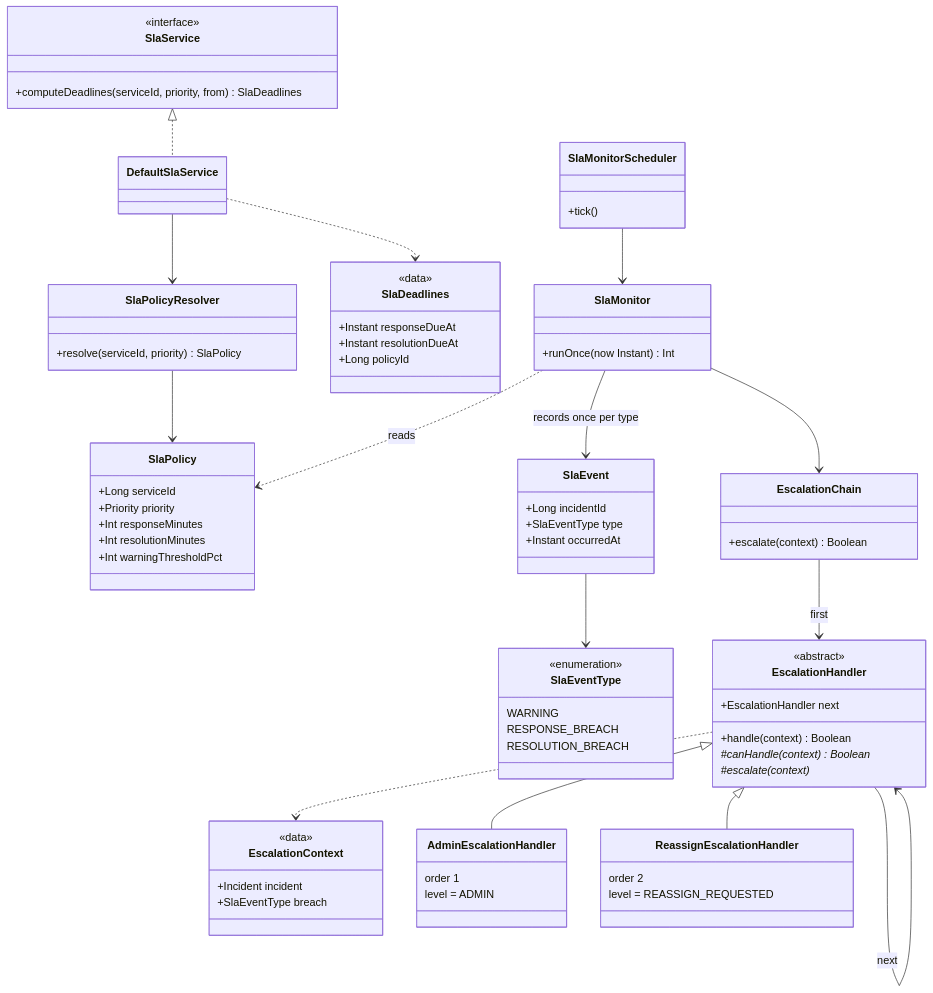
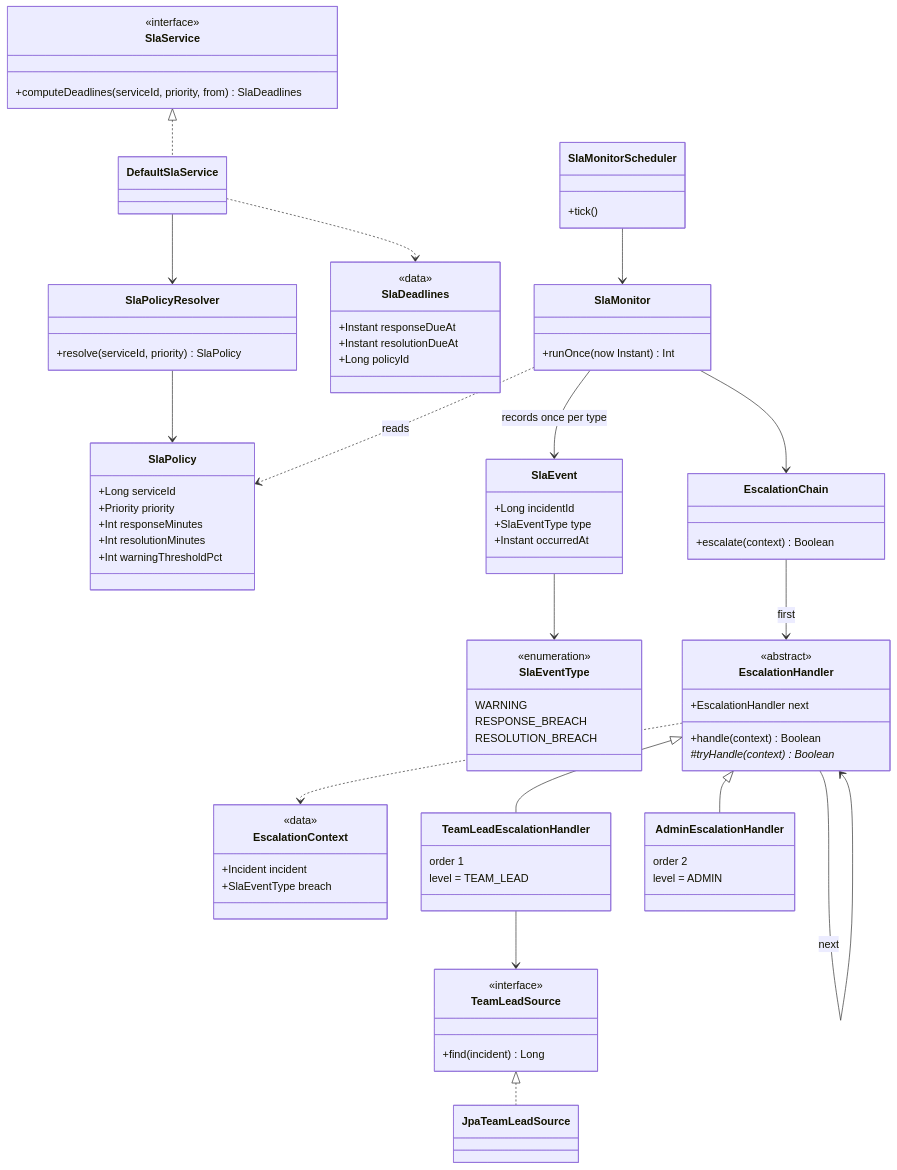
Before and after one commit to Proteus26/I-ITSM: the sixth of 9 diagrams in docs/report/04-uml.md, drawn with Mermaid. The commit also changed other lines of this file and 11 other files, not shown here.

```diff
--- a/docs/report/04-uml.md
+++ b/docs/report/04-uml.md
@@ -651,17 +689,21 @@
         <<abstract>>
         +EscalationHandler next
         +handle(context) Boolean
-        #canHandle(context) Boolean*
-        #escalate(context)*
+        #tryHandle(context) Boolean*
+    }
+    class TeamLeadEscalationHandler {
+        order 1
+        level = TEAM_LEAD
     }
     class AdminEscalationHandler {
-        order 1
+        order 2
         level = ADMIN
     }
-    class ReassignEscalationHandler {
-        order 2
-        level = REASSIGN_REQUESTED
+    class TeamLeadSource {
+        <<interface>>
+        +find(incident) Long
     }
+    class JpaTeamLeadSource
     class EscalationChain {
         +escalate(context) Boolean
     }
@@ -675,8 +717,10 @@
     SlaEvent --> SlaEventType
     SlaMonitor --> EscalationChain
     SlaMonitor ..> SlaPolicy : reads
+    EscalationHandler <|-- TeamLeadEscalationHandler
     EscalationHandler <|-- AdminEscalationHandler
-    EscalationHandler <|-- ReassignEscalationHandler
+    TeamLeadEscalationHandler --> TeamLeadSource
+    TeamLeadSource <|.. JpaTeamLeadSource
     EscalationHandler --> EscalationHandler : next
     EscalationChain --> EscalationHandler : first
     EscalationHandler ..> EscalationContext
```
